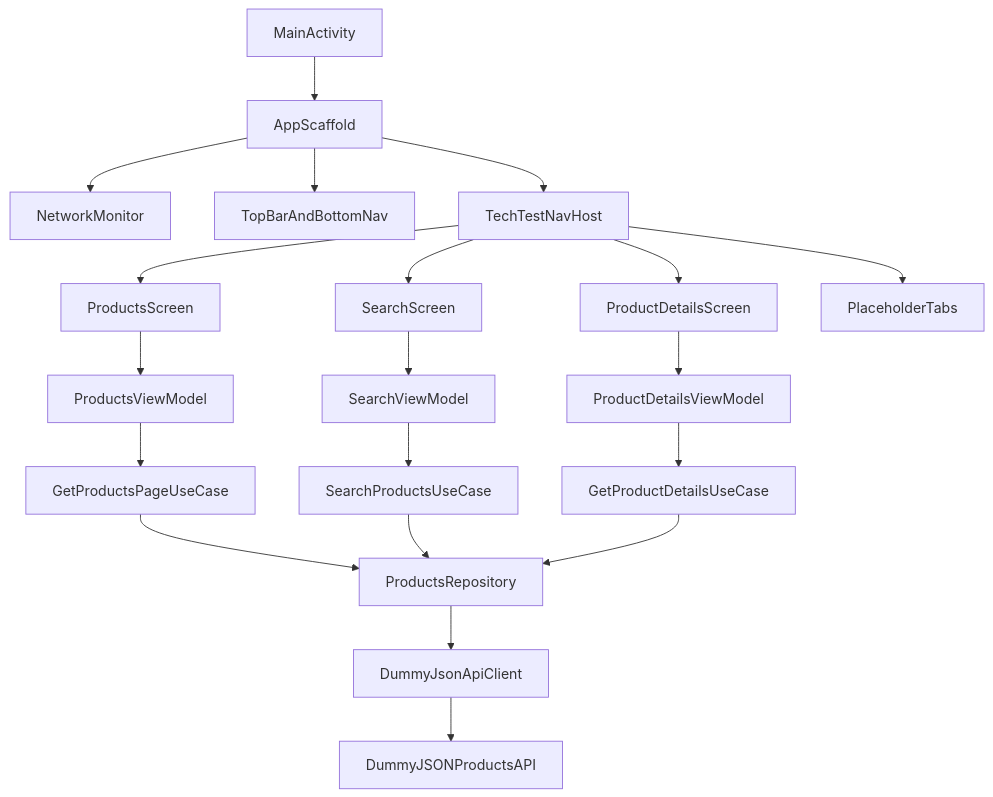
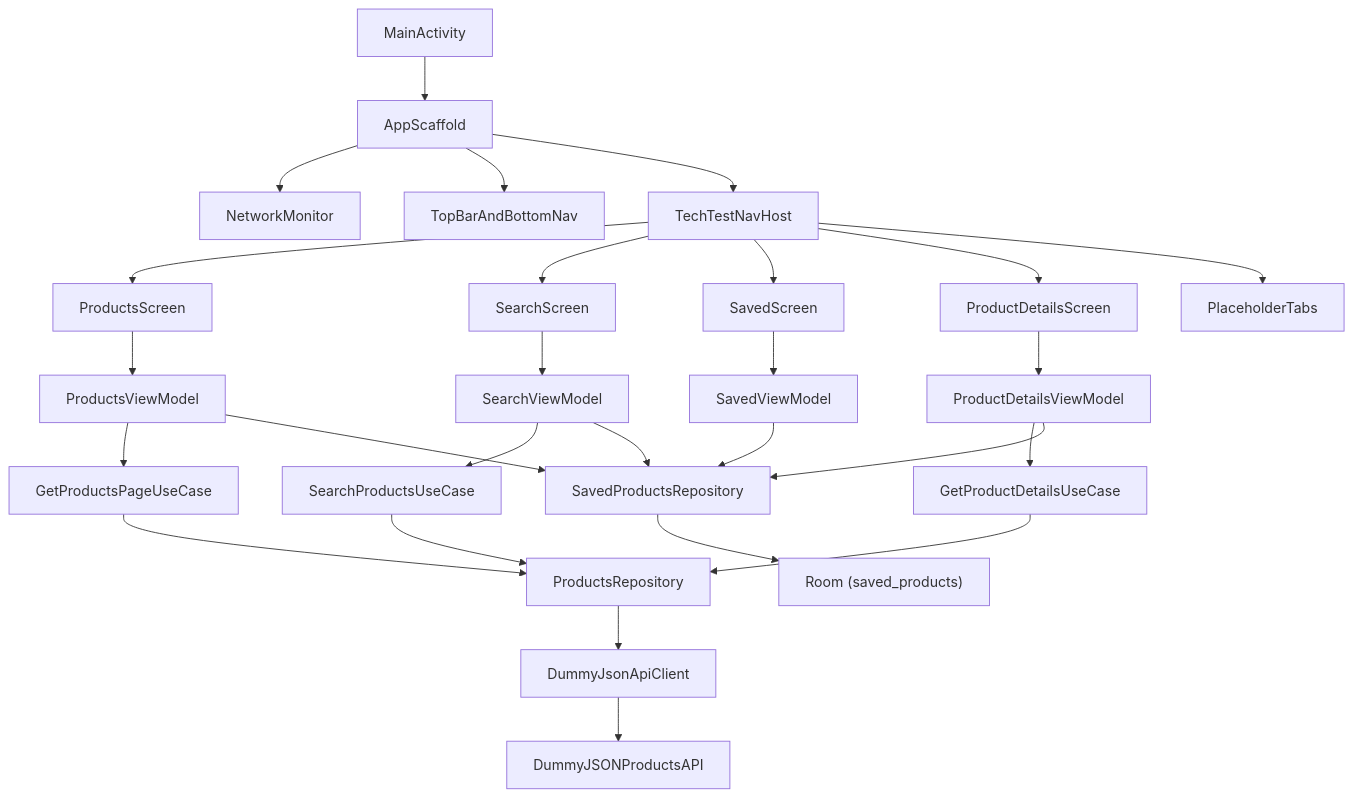
Before and after one commit to abilashcse/next-android-test: the diagram in README.md, drawn with Mermaid. The commit also changed other lines of this file and 24 other files, not shown here.

First line of the commit message:
feat: persist saved products with Room and sync heart across surfaces

````diff
--- a/README.md
+++ b/README.md
@@ -24,27 +25,34 @@
 ```mermaid
 flowchart TD
   MainActivity-->AppScaffold
   AppScaffold-->NetworkMonitor
   AppScaffold-->TopBarAndBottomNav
   AppScaffold-->TechTestNavHost
 
   TechTestNavHost-->ProductsScreen
   TechTestNavHost-->SearchScreen
+  TechTestNavHost-->SavedScreen
   TechTestNavHost-->ProductDetailsScreen
   TechTestNavHost-->PlaceholderTabs
 
   ProductsScreen-->ProductsViewModel
   SearchScreen-->SearchViewModel
+  SavedScreen-->SavedViewModel
   ProductDetailsScreen-->ProductDetailsViewModel
 
   ProductsViewModel-->GetProductsPageUseCase
   SearchViewModel-->SearchProductsUseCase
   ProductDetailsViewModel-->GetProductDetailsUseCase
+  ProductsViewModel-->SavedProductsRepository
+  SearchViewModel-->SavedProductsRepository
+  SavedViewModel-->SavedProductsRepository
+  ProductDetailsViewModel-->SavedProductsRepository
 
   GetProductsPageUseCase-->ProductsRepository
   SearchProductsUseCase-->ProductsRepository
   GetProductDetailsUseCase-->ProductsRepository
 
   ProductsRepository-->DummyJsonApiClient
   DummyJsonApiClient-->DummyJsonProductsApi["DummyJSONProductsAPI"]
+  SavedProductsRepository-->RoomDB["Room (saved_products)"]
 ```
````
